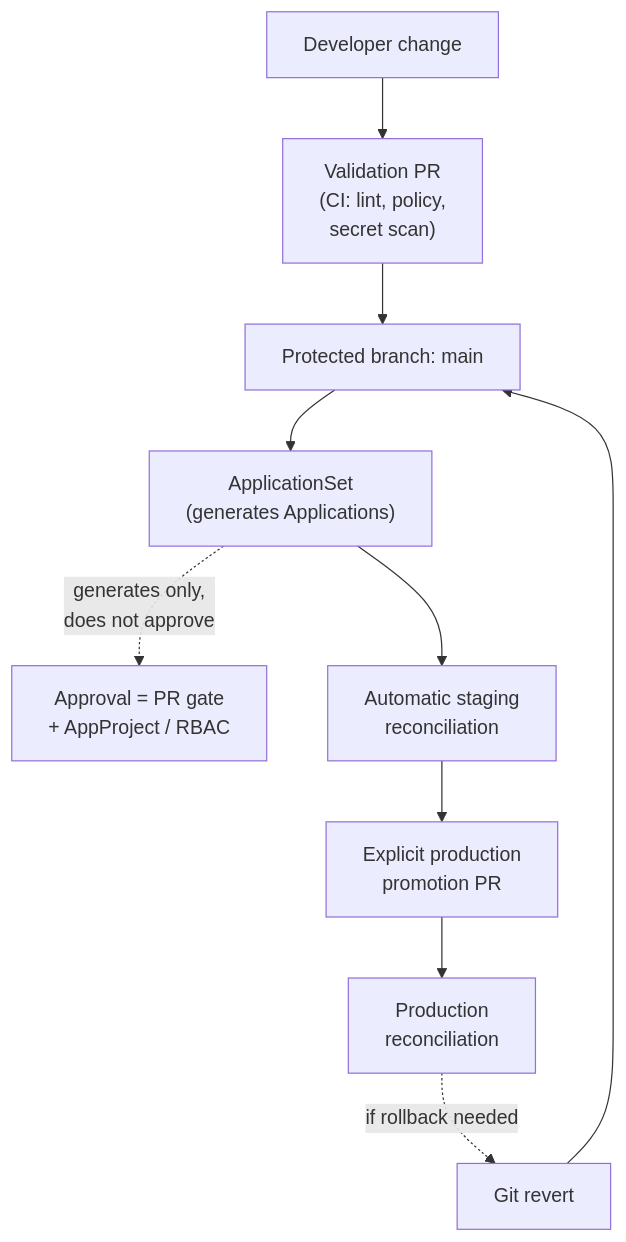
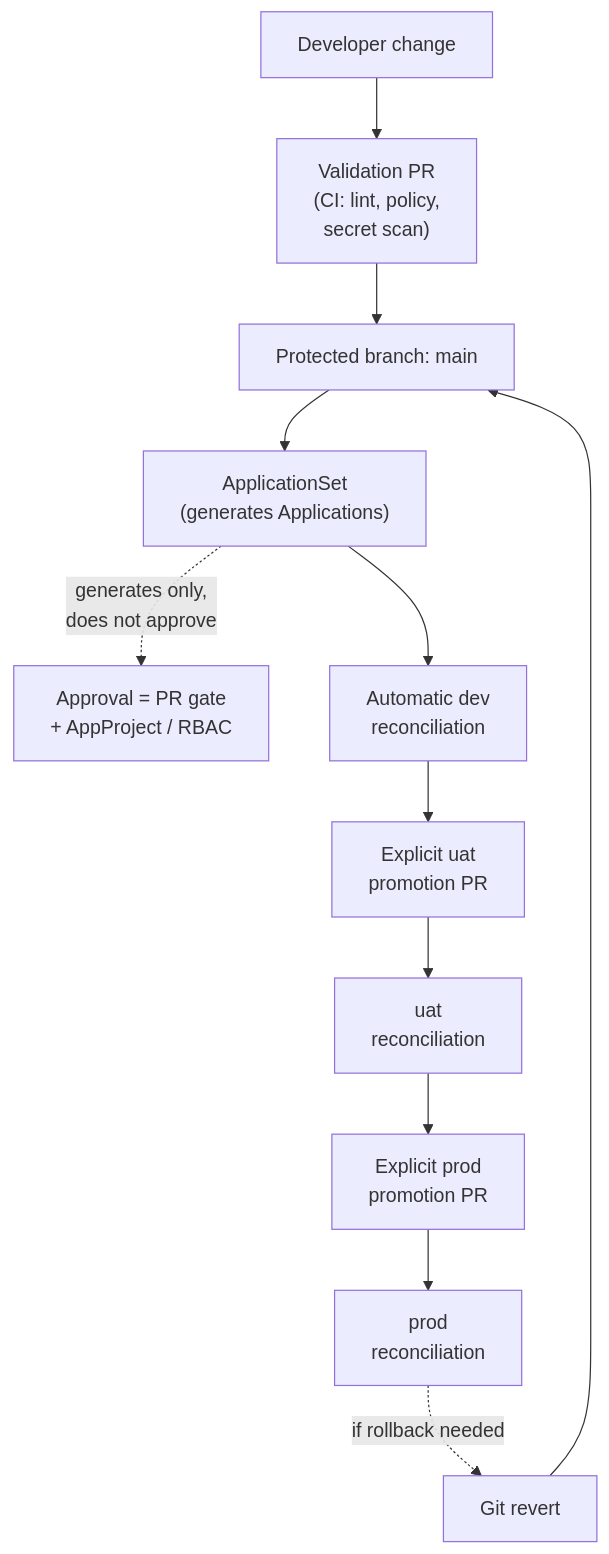
The second of 5 diagrams in docs/architecture/technical-architecture.md (IngMatrix-PGB/eks-gitops-platform-project), drawn with Mermaid before and after one commit. The commit also changed other lines of this file and 27 other files, not shown here.

First line of the commit message:
feat(aws): dev/uat/prod in the aws-eks profile and Terraform (Phase 2.7.2)

````diff
--- a/docs/architecture/technical-architecture.md
+++ b/docs/architecture/technical-architecture.md
@@ -343,12 +352,14 @@
 ```mermaid
 flowchart TB
     Dev["Developer change"] --> PR1["Validation PR<br/>(CI: lint, policy,<br/>secret scan)"]
     PR1 --> Main["Protected branch: main"]
     Main --> ASGen["ApplicationSet<br/>(generates Applications)"]
     ASGen -.->|"generates only,<br/>does not approve"| Note["Approval = PR gate<br/>+ AppProject / RBAC"]
-    ASGen --> StagingSync["Automatic staging<br/>reconciliation"]
-    StagingSync --> PromPR["Explicit production<br/>promotion PR"]
-    PromPR --> ProdSync["Production<br/>reconciliation"]
+    ASGen --> DevSync["Automatic dev<br/>reconciliation"]
+    DevSync --> UatPR["Explicit uat<br/>promotion PR"]
+    UatPR --> UatSync["uat<br/>reconciliation"]
+    UatSync --> PromPR["Explicit prod<br/>promotion PR"]
+    PromPR --> ProdSync["prod<br/>reconciliation"]
     ProdSync -.->|"if rollback needed"| Revert["Git revert"]
     Revert --> Main
 ```
````
